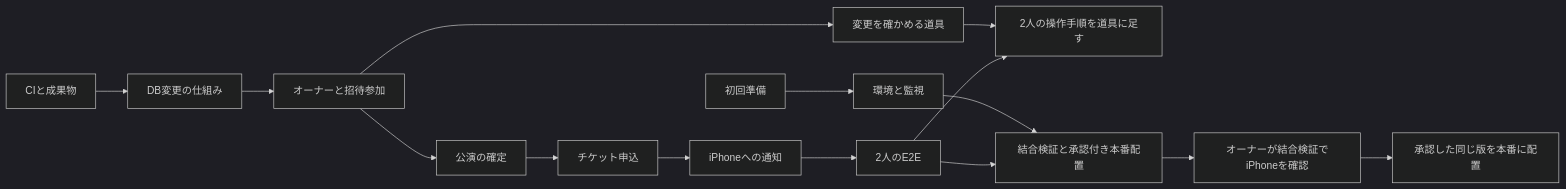
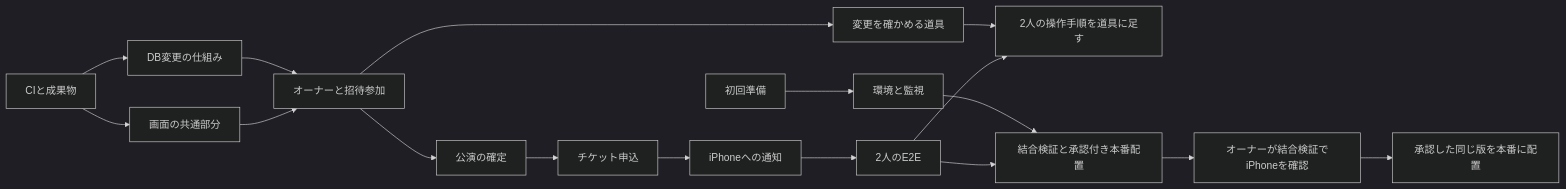
The diagram in docs/implementation-plans/first-slice.md (oze-xxbumpxx/yoin), drawn with Mermaid (dark theme) before and after one commit. The commit also changed other lines of this file and 1 other file, not shown here.

````diff
--- a/docs/implementation-plans/first-slice.md
+++ b/docs/implementation-plans/first-slice.md
@@ -172,13 +185,15 @@
 ```mermaid
 flowchart LR
     B["初回準備"] --> I["環境と監視"]
     C["CIと成果物"] --> M["DB変更の仕組み"]
+    C --> A["画面の共通部分"]
     M --> G["オーナーと招待参加"] --> V["公演の確定"] --> T["チケット申込"] --> N["iPhoneへの通知"] --> E["2人のE2E"]
+    A --> G
     G --> W["変更を確かめる道具"]
     W --> X["2人の操作手順を道具に足す"]
     E --> X
     I --> D["結合検証と承認付き本番配置"]
     E --> D
     D --> S["オーナーが結合検証でiPhoneを確認"]
     S --> P["承認した同じ版を本番に配置"]
 ```
````
